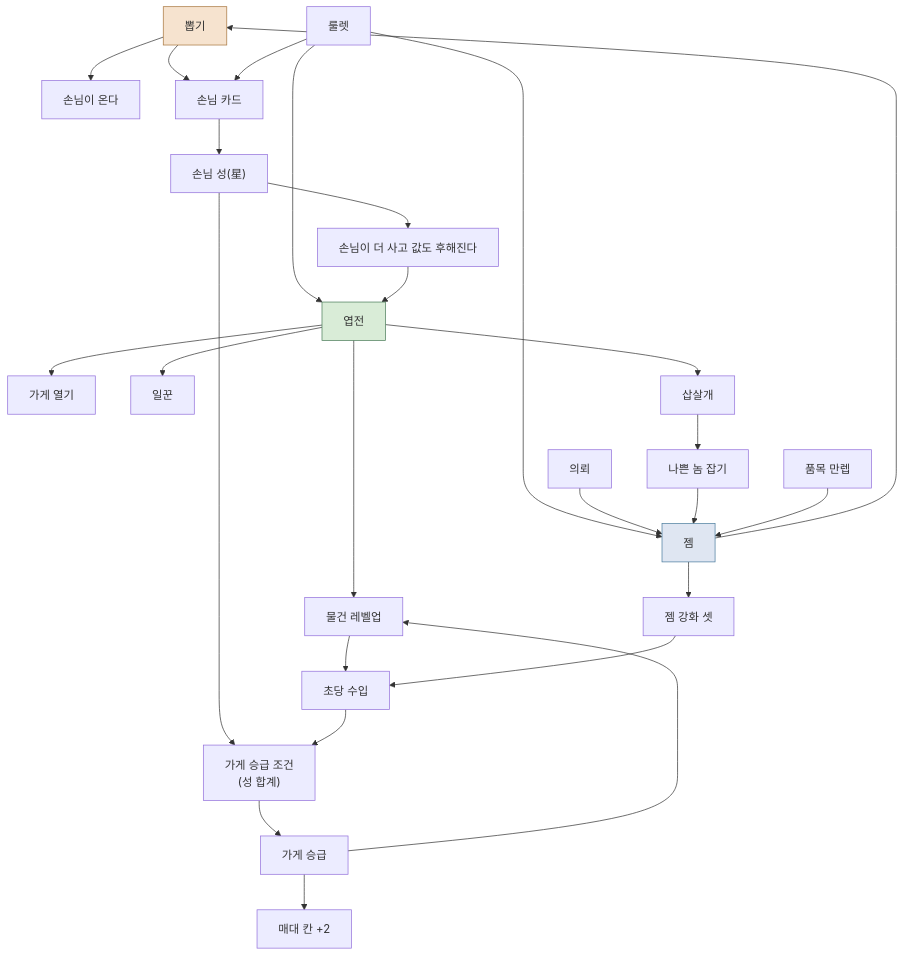
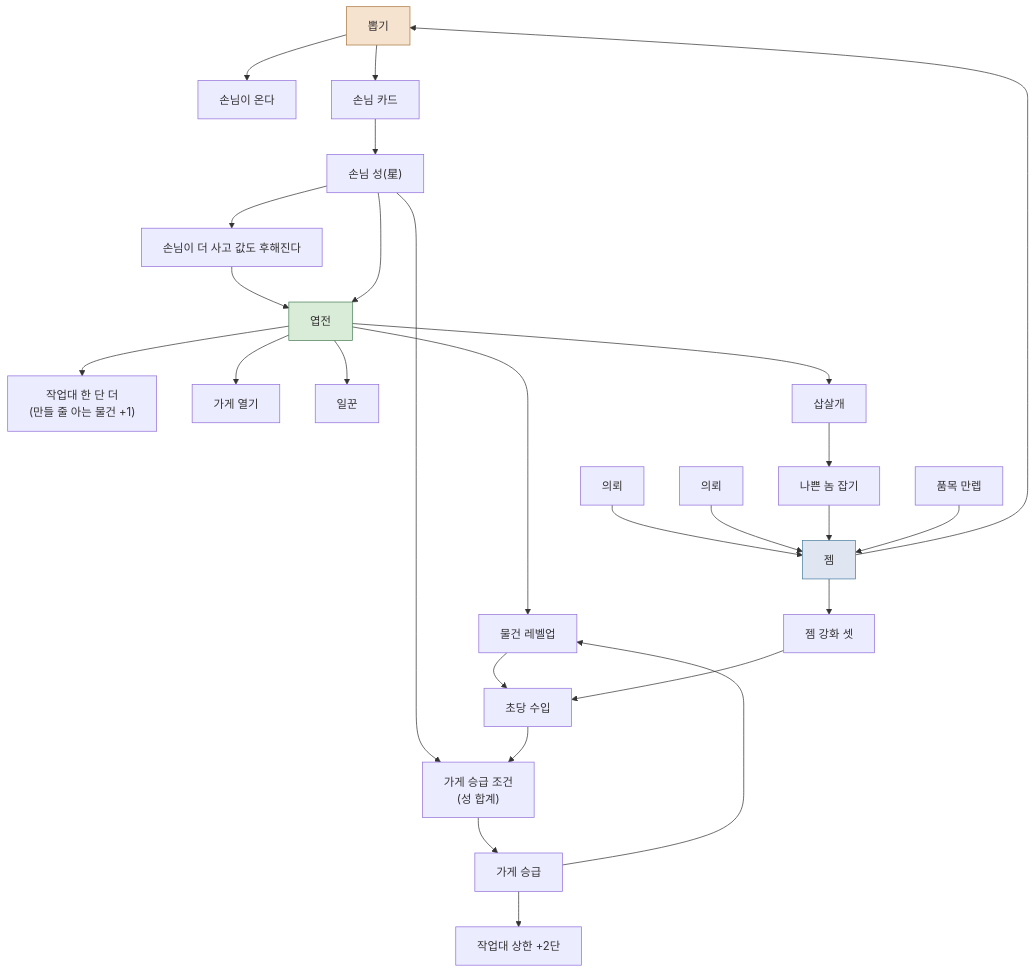
Before and after one commit to nonexpertchassi-creator/raccoon-hollow: the first of 2 diagrams in SYSTEMS.md, drawn with Mermaid. The commit also changed other lines of this file and 26 other files, not shown here.

````diff
--- a/SYSTEMS.md
+++ b/SYSTEMS.md
@@ -18,31 +18,31 @@
 ```mermaid
 flowchart TD
     GACHA["뽑기"] --> GUEST["손님이 온다"]
     GACHA --> CARD["손님 카드"]
-    ROUL["룰렛"] --> CARD
-    ROUL --> GEM["젬"]
-    ROUL --> COIN["엽전"]
+    QUEST2["의뢰"] --> GEM["젬"]
     CARD --> STAR["손님 성(星)"]
     STAR --> BUY["손님이 더 사고 값도 후해진다"]
     STAR --> RANKREQ["가게 승급 조건<br/>(성 합계)"]
     BUY --> COIN
+    STAR --> COIN["엽전"]
     COIN --> LEVEL["물건 레벨업"]
+    COIN --> BENCH["작업대 한 단 더<br/>(만들 줄 아는 물건 +1)"]
     COIN --> OPENSHOP["가게 열기"]
     COIN --> STAFF["일꾼"]
     COIN --> DOG["삽살개"]
     LEVEL --> IPS["초당 수입"]
     IPS --> RANKREQ
     RANKREQ --> PROMOTE["가게 승급"]
     PROMOTE --> LEVEL
-    PROMOTE --> STALL["매대 칸 +2"]
+    PROMOTE --> BENCHCAP["작업대 상한 +2단"]
     QUEST["의뢰"] --> GEM
     PEST["나쁜 놈 잡기"] --> GEM
     MAXLV["품목 만렙"] --> GEM
     GEM --> GACHA
     GEM --> UPG["젬 강화 셋"]
     UPG --> IPS
     DOG --> PEST
     style GACHA fill:#f6e3cf,stroke:#a8763e
     style COIN fill:#d9ecd7,stroke:#4a7c59
     style GEM fill:#dfe6f2,stroke:#4a7c9e
 ```
````
